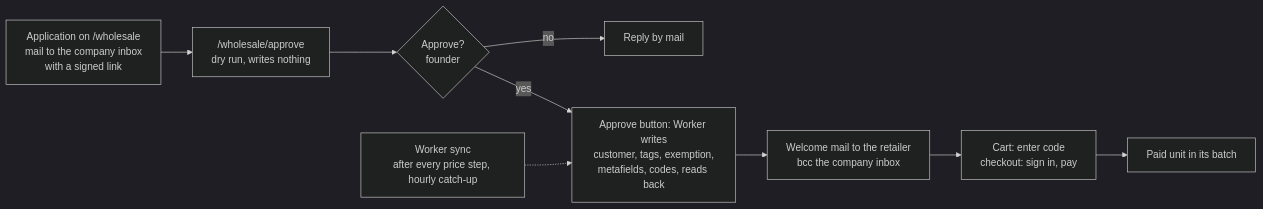
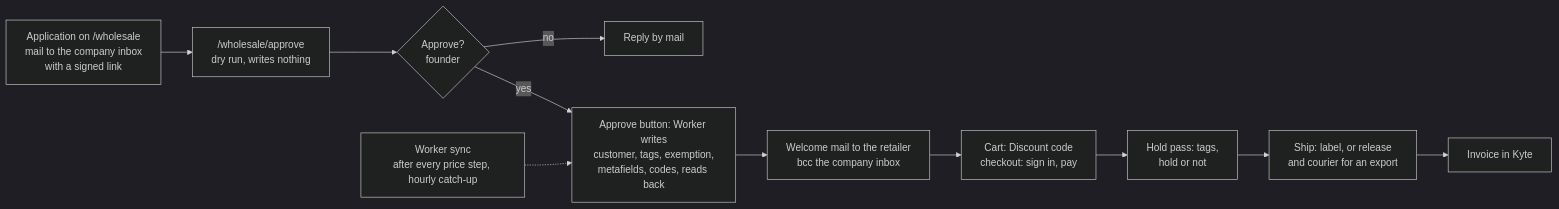
Before and after one commit to OpenDrone-hw/OpenDrone-Web: the diagram in docs/wholesale.md, drawn with Mermaid (dark theme). The commit also changed other lines of this file, not shown here.

First line of the commit message:
Wholesale runbook: ship a retailer order, Shopify setup (#883)

````diff
--- a/docs/wholesale.md
+++ b/docs/wholesale.md
@@ -5,11 +5,13 @@
 ```mermaid
 flowchart LR
   A["Application on /wholesale<br/>mail to the company inbox<br/>with a signed link"] --> R["/wholesale/approve<br/>dry run, writes nothing"]
   R --> B{"Approve?<br/>founder"}
   B -->|no| X["Reply by mail"]
   B -->|yes| D["Approve button: Worker writes<br/>customer, tags, exemption,<br/>metafields, codes, reads back"]
   D --> E["Welcome mail to the retailer<br/>bcc the company inbox"]
-  E --> F["Cart: enter code<br/>checkout: sign in, pay"]
-  F --> G["Paid unit in its batch"]
+  E --> F["Cart: Discount code<br/>checkout: sign in, pay"]
+  F --> G["Hold pass: tags,<br/>hold or not"]
+  G --> H["Ship: label, or release<br/>and courier for an export"]
+  H --> I["Invoice in Kyte"]
   S["Worker sync<br/>after every price step, hourly catch-up"] -.-> D
 ```
````
